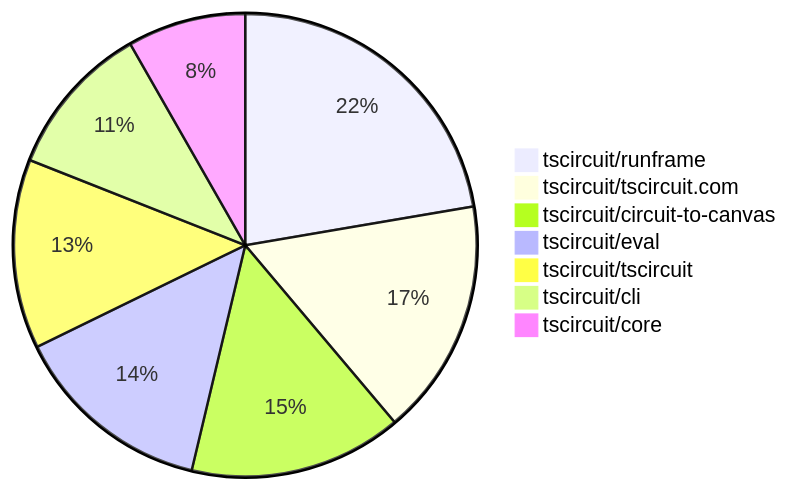
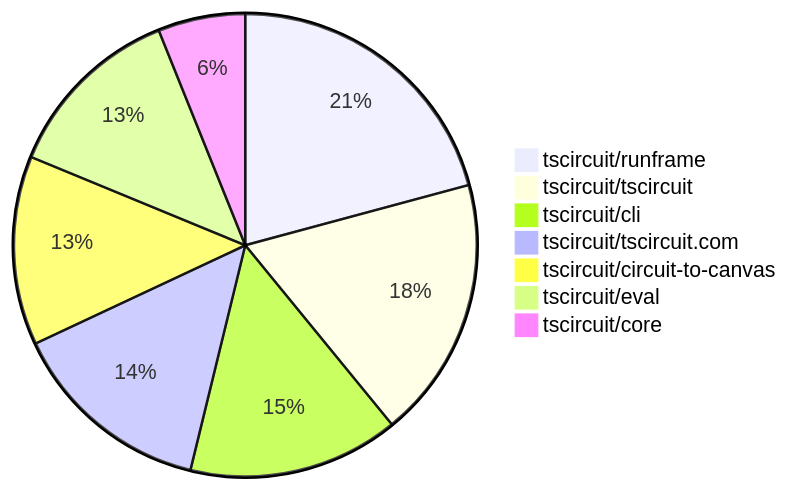
The second of 2 diagrams in README.md (tscircuit/contribution-tracker), drawn with Mermaid before and after one commit. The commit also changed other lines of this file and 3 other files, not shown here.

````diff
--- a/README.md
+++ b/README.md
@@ -110,10 +115,10 @@
 ```mermaid
 pie
-    "tscircuit/runframe" : 27
-    "tscircuit/tscircuit.com" : 20
-    "tscircuit/circuit-to-canvas" : 18
-    "tscircuit/eval" : 17
-    "tscircuit/tscircuit" : 16
-    "tscircuit/cli" : 13
-    "tscircuit/core" : 10
+    "tscircuit/runframe" : 41
+    "tscircuit/tscircuit" : 36
+    "tscircuit/cli" : 29
+    "tscircuit/tscircuit.com" : 28
+    "tscircuit/circuit-to-canvas" : 26
+    "tscircuit/eval" : 25
+    "tscircuit/core" : 12
 ```
````
